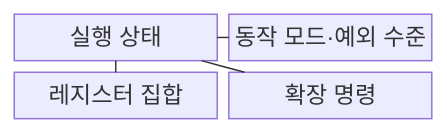
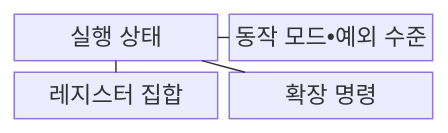
The first of 2 diagrams in src/content/docs/notes/02-hardware/005_arm_architecture.md (agnusdei1207/knowledge-base), drawn with Mermaid before and after one commit. The commit also changed other lines of this file and 953 other files, not shown here.

````diff
--- a/src/content/docs/notes/02-hardware/005_arm_architecture.md
+++ b/src/content/docs/notes/02-hardware/005_arm_architecture.md
@@ -72,7 +72,7 @@
 ```mermaid
 block
     columns 2
-    E["실행 상태"] --- P["동작 모드·예외 수준"]
+    E["실행 상태"] --- P["동작 모드•예외 수준"]
     E --- R["레지스터 집합"]
     E --- X["확장 명령"]
 ```
````
